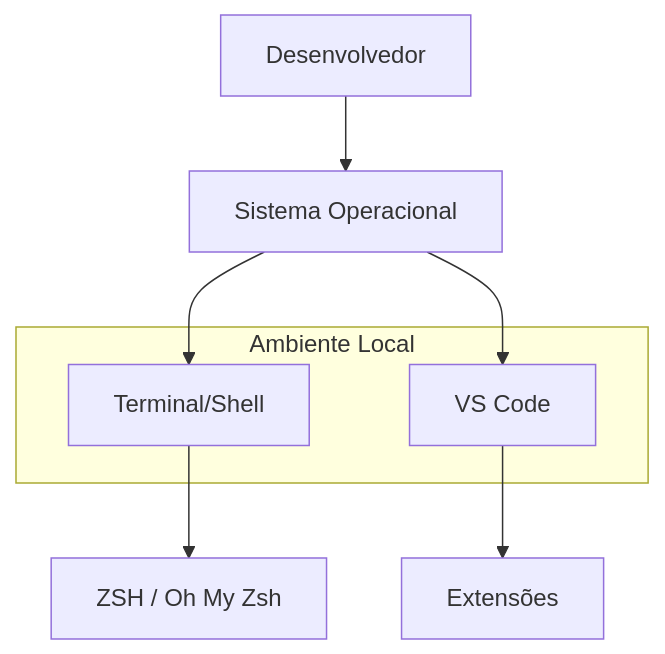
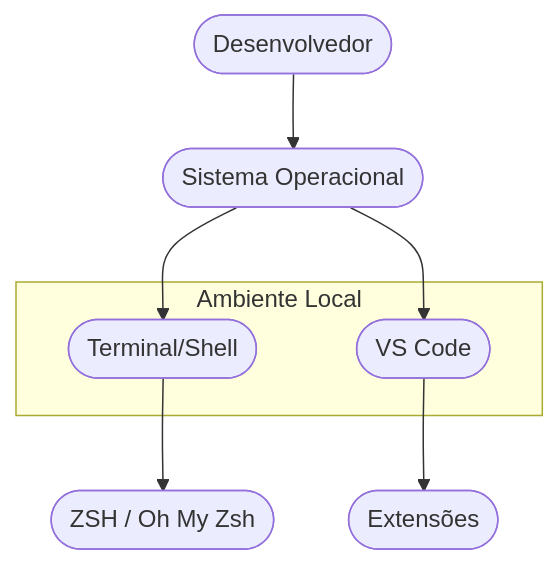
The diagram in docs/aulas/aula-03.md (ricardotecpro/ads_extra_guia_de_ferramentas), drawn with Mermaid before and after one commit. The commit also changed other lines of this file and 69 other files, not shown here.

````diff
--- a/docs/aulas/aula-03.md
+++ b/docs/aulas/aula-03.md
@@ -69,13 +74,13 @@
 ```mermaid
 graph TD
-    Dev[Desenvolvedor] --> OS[Sistema Operacional]
-    OS --> Shell[Terminal/Shell]
-    Shell --> ZSH[ZSH / Oh My Zsh]
-    OS --> Editor[VS Code]
-    Editor --> Ext[Extensões]
+    Dev([Desenvolvedor]) --> OS([Sistema Operacional])
+    OS --> Shell([Terminal/Shell])
+    Shell --> ZSH([ZSH / Oh My Zsh])
+    OS --> Editor([VS Code])
+    Editor --> Ext([Extensões])
     
     subgraph "Ambiente Local"
     Shell
     Editor
     end
 ```
````
